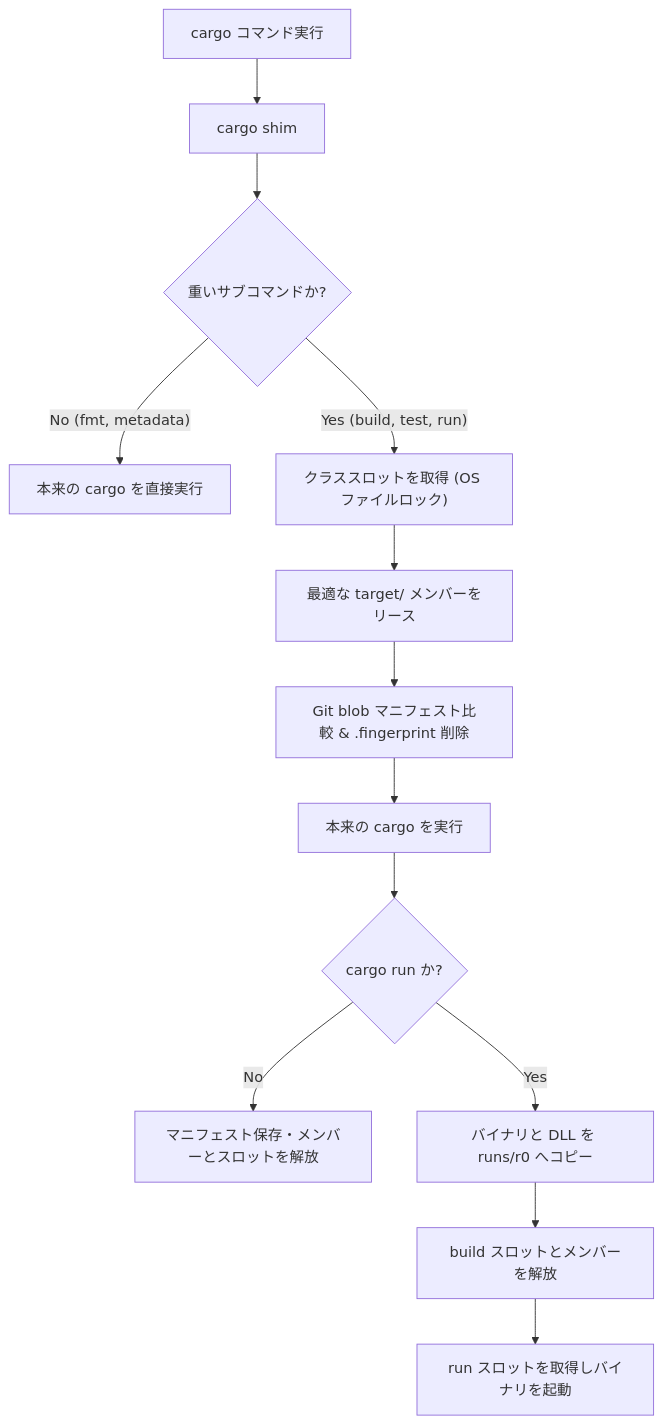
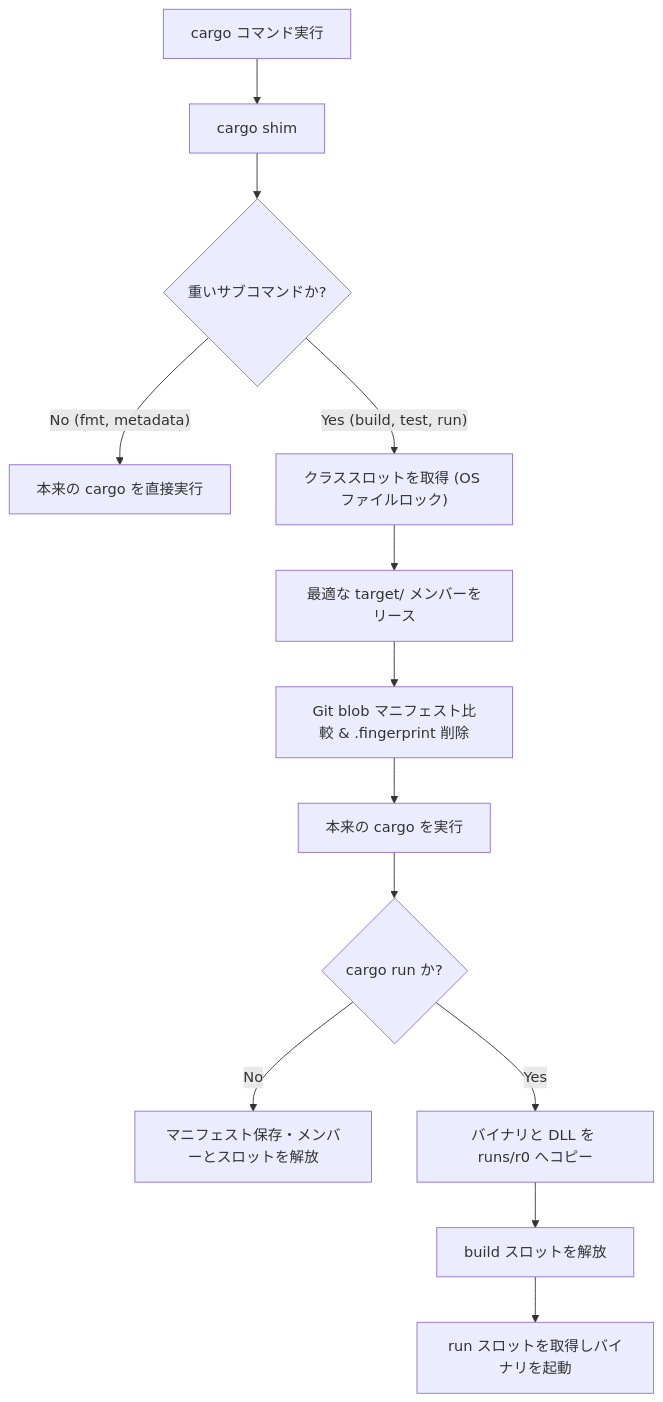
One commit to r4ai/buildq changed the first of 2 diagrams in docs/architecture.ja.md. Above: the diagram before and after it, drawn with Mermaid. The commit also changed other lines of this file and 7 other files, not shown here.

````diff
--- a/docs/architecture.ja.md
+++ b/docs/architecture.ja.md
@@ -8,15 +8,15 @@
 ```mermaid
 flowchart TD
     Cmd["cargo コマンド実行"] --> Shim["cargo shim"]
     Shim --> IsHeavy{"重いサブコマンドか?"}
     IsHeavy -- "No (fmt, metadata)" --> Direct["本来の cargo を直接実行"]
     IsHeavy -- "Yes (build, test, run)" --> Queue["クラススロットを取得 (OS ファイルロック)"]
     Queue --> Pool["最適な target/ メンバーをリース"]
     Pool --> Manifest["Git blob マニフェスト比較 & .fingerprint 削除"]
     Manifest --> Cargo["本来の cargo を実行"]
     Cargo --> IsRun{"cargo run か?"}
     IsRun -- "No" --> Release["マニフェスト保存・メンバーとスロットを解放"]
     IsRun -- "Yes" --> CopyBin["バイナリと DLL を runs/r0 へコピー"]
-    CopyBin --> ReleaseBuild["build スロットとメンバーを解放"]
+    CopyBin --> ReleaseBuild["build スロットを解放"]
     ReleaseBuild --> RunSlot["run スロットを取得しバイナリを起動"]
 ```
````
